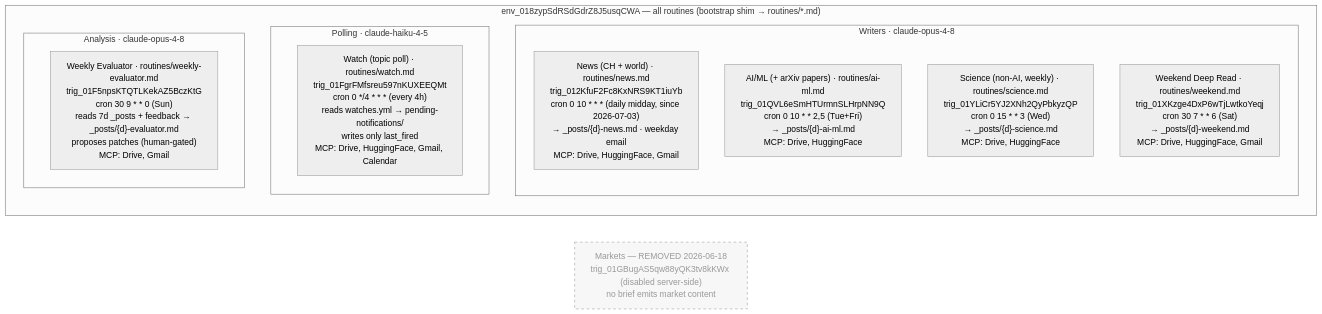
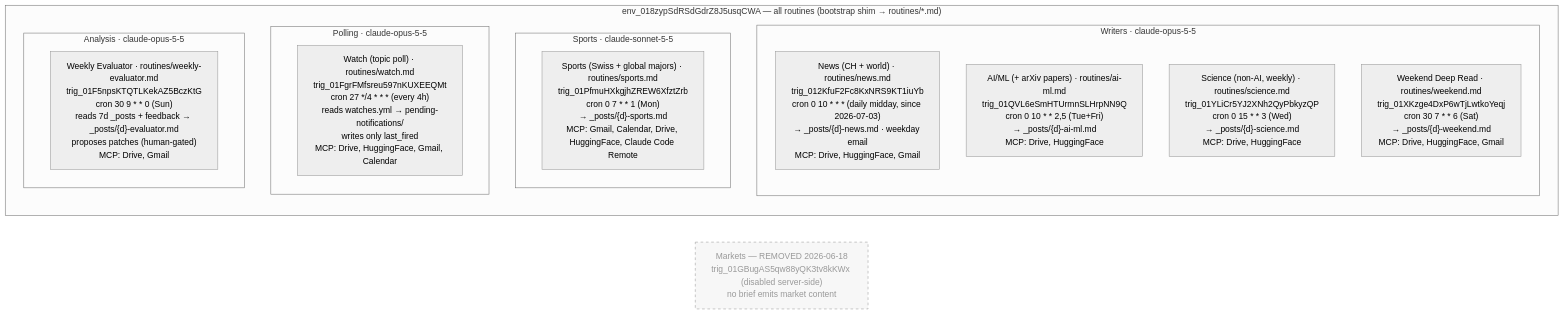
One commit to khalic-lab/claude-routines changed the diagram in diagrams/02-routines-and-schedules.md. Above: the diagram before and after it, drawn with Mermaid (neutral theme). The commit also changed other lines of this file and 3 other files, not shown here.

First line of the commit message:
Routines: Opus 5.5 everywhere, Sports on Sonnet 5.5

````diff
--- a/diagrams/02-routines-and-schedules.md
+++ b/diagrams/02-routines-and-schedules.md
@@ -8,23 +8,26 @@
 ```mermaid
 flowchart LR
   subgraph env["env_018zypSdRSdGdrZ8J5usqCWA — all routines (bootstrap shim → routines/*.md)"]
     direction TB
-    subgraph writers["Writers · claude-opus-4-8"]
+    subgraph writers["Writers · claude-opus-5-5"]
       direction TB
       NW["News (CH + world) · routines/news.md<br/>trig_012KfuF2Fc8KxNRS9KT1iuYb<br/>cron 0 10 * * * (daily midday, since 2026-07-03)<br/>→ _posts/{d}-news.md · weekday email<br/>MCP: Drive, HuggingFace, Gmail"]
       AM["AI/ML (+ arXiv papers) · routines/ai-ml.md<br/>trig_01QVL6eSmHTUrmnSLHrpNN9Q<br/>cron 0 10 * * 2,5 (Tue+Fri)<br/>→ _posts/{d}-ai-ml.md<br/>MCP: Drive, HuggingFace"]
       SC["Science (non-AI, weekly) · routines/science.md<br/>trig_01YLiCr5YJ2XNh2QyPbkyzQP<br/>cron 0 15 * * 3 (Wed)<br/>→ _posts/{d}-science.md<br/>MCP: Drive, HuggingFace"]
       WK["Weekend Deep Read · routines/weekend.md<br/>trig_01XKzge4DxP6wTjLwtkoYeqj<br/>cron 30 7 * * 6 (Sat)<br/>→ _posts/{d}-weekend.md<br/>MCP: Drive, HuggingFace, Gmail"]
     end
-    subgraph poll["Polling · claude-haiku-4-5"]
-      WT["Watch (topic poll) · routines/watch.md<br/>trig_01FgrFMfsreu597nKUXEEQMt<br/>cron 0 */4 * * * (every 4h)<br/>reads watches.yml → pending-notifications/<br/>writes only last_fired<br/>MCP: Drive, HuggingFace, Gmail, Calendar"]
+    subgraph sports["Sports · claude-sonnet-5-5"]
+      SP["Sports (Swiss + global majors) · routines/sports.md<br/>trig_01PfmuHXkgjhZREW6XfztZrb<br/>cron 0 7 * * 1 (Mon)<br/>→ _posts/{d}-sports.md<br/>MCP: Gmail, Calendar, Drive, HuggingFace, Claude Code Remote"]
     end
-    subgraph analysis["Analysis · claude-opus-4-8"]
+    subgraph poll["Polling · claude-opus-5-5"]
+      WT["Watch (topic poll) · routines/watch.md<br/>trig_01FgrFMfsreu597nKUXEEQMt<br/>cron 27 */4 * * * (every 4h)<br/>reads watches.yml → pending-notifications/<br/>writes only last_fired<br/>MCP: Drive, HuggingFace, Gmail, Calendar"]
+    end
+    subgraph analysis["Analysis · claude-opus-5-5"]
       WE["Weekly Evaluator · routines/weekly-evaluator.md<br/>trig_01F5npsKTQTLKekAZ5BczKtG<br/>cron 30 9 * * 0 (Sun)<br/>reads 7d _posts + feedback → _posts/{d}-evaluator.md<br/>proposes patches (human-gated)<br/>MCP: Drive, Gmail"]
     end
   end
 
   RM["Markets — REMOVED 2026-06-18<br/>trig_01GBugAS5qw88yQK3tv8kKWx (disabled server-side)<br/>no brief emits market content"]:::dead
 
   classDef dead stroke-dasharray:5 5,color:#999,fill:#f7f7f7;
 ```
````
